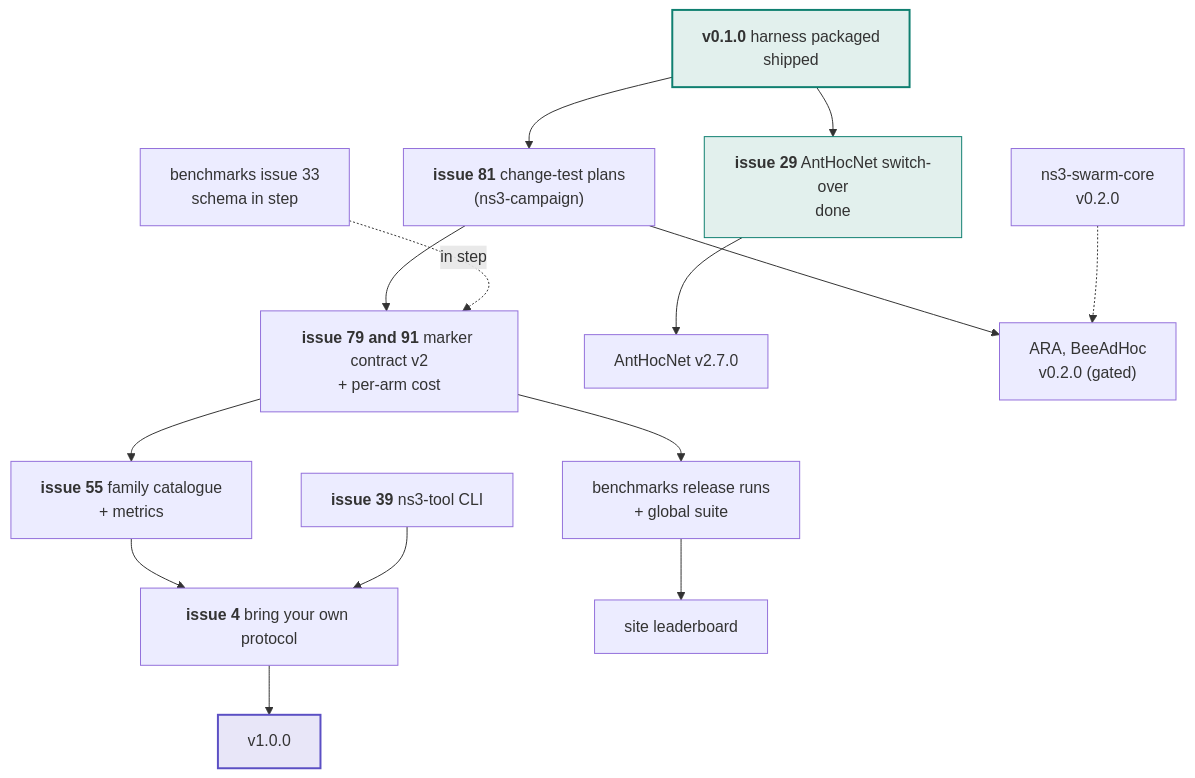
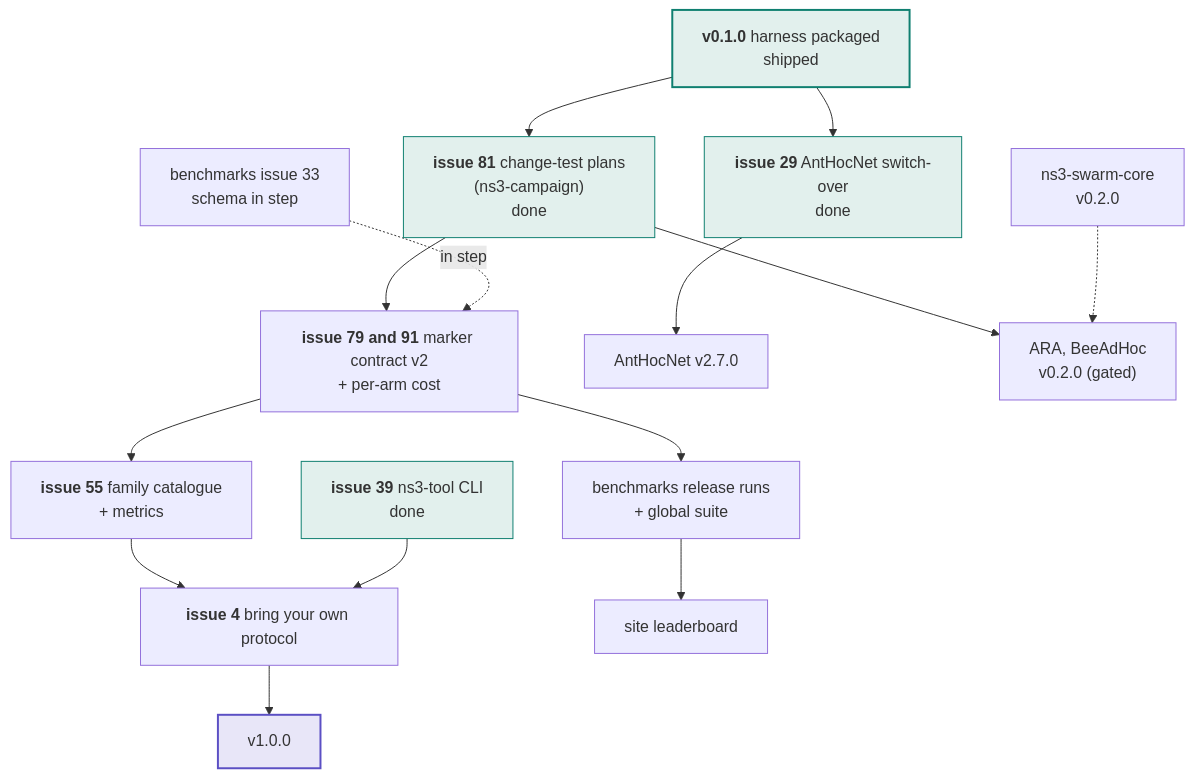
The second of 2 diagrams in docs/roadmap.md (swarm-routing/ns3-tools), drawn with Mermaid before and after one commit. The commit also changed other lines of this file and 7 other files, not shown here.

````diff
--- a/docs/roadmap.md
+++ b/docs/roadmap.md
@@ -59,31 +59,33 @@
 ```mermaid
 flowchart TB
     V01["<b>v0.1.0</b> harness packaged<br/>shipped"]
-    T81["<b>issue 81</b> change-test plans<br/>(ns3-campaign)"]
+    T81["<b>issue 81</b> change-test plans<br/>(ns3-campaign)<br/>done"]
     T29["<b>issue 29</b> AntHocNet switch-over<br/>done"]
     T79["<b>issue 79 and 91</b> marker contract v2<br/>+ per-arm cost"]
-    TOOLS["<b>issue 39</b> ns3-tool CLI"]
+    TOOLS["<b>issue 39</b> ns3-tool CLI<br/>done"]
     FAM["<b>issue 55</b> family catalogue<br/>+ metrics"]
     DOC["<b>issue 4</b> bring your own protocol"]
 
     AHN["AntHocNet v2.7.0"]
     SC["ns3-swarm-core<br/>v0.2.0"]
     PROT["ARA, BeeAdHoc<br/>v0.2.0 (gated)"]
     BEN["benchmarks issue 33<br/>schema in step"]
     LEAD["benchmarks release runs<br/>+ global suite"]
     SITE["site leaderboard"]
 
     V01 --> T29 --> AHN
     V01 --> T81
     T81 --> PROT
     SC -.-> PROT
     T81 --> T79
     BEN -.->|"in step"| T79
     T79 --> LEAD --> SITE
     T79 --> FAM --> DOC --> V10["v1.0.0"]
     TOOLS --> DOC
 
     style V01 fill:#e2f0ed,stroke:#0f7f70,stroke-width:2px
     style T29 fill:#e2f0ed,stroke:#0f7f70
+    style T81 fill:#e2f0ed,stroke:#0f7f70
+    style TOOLS fill:#e2f0ed,stroke:#0f7f70
     style V10 fill:#e8e6f8,stroke:#5b4fc4,stroke-width:2px
 ```
````
